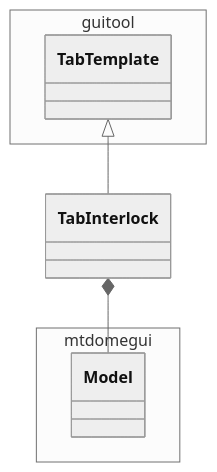
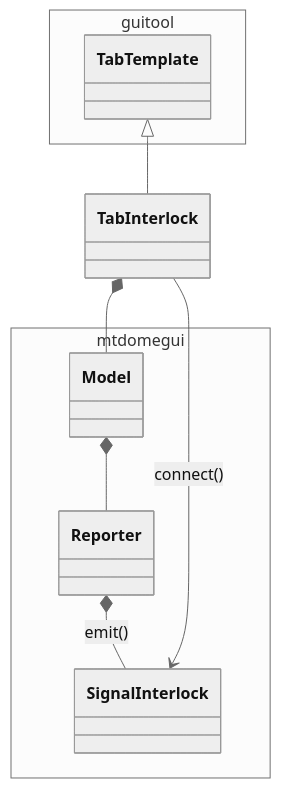
The diagram in doc/uml/tab/class_tab_interlock.mmd (lsst-ts/ts_mtdomegui), drawn with Mermaid (neutral theme) before and after one commit. The commit also changed 4 other files, not shown here.

Commit message:
Update the UML.

```diff
--- a/doc/uml/tab/class_tab_interlock.mmd
+++ b/doc/uml/tab/class_tab_interlock.mmd
@@ -1,13 +1,20 @@
 classDiagram
 
 namespace guitool {
   class TabTemplate
 }
 
 namespace mtdomegui {
   class Model
+  class Reporter
+  class SignalInterlock
 }
+
+Model *-- Reporter
+
+Reporter *-- SignalInterlock : emit()
 
 TabTemplate <|-- TabInterlock
 
 TabInterlock *-- Model
+TabInterlock --> SignalInterlock : connect()
```
